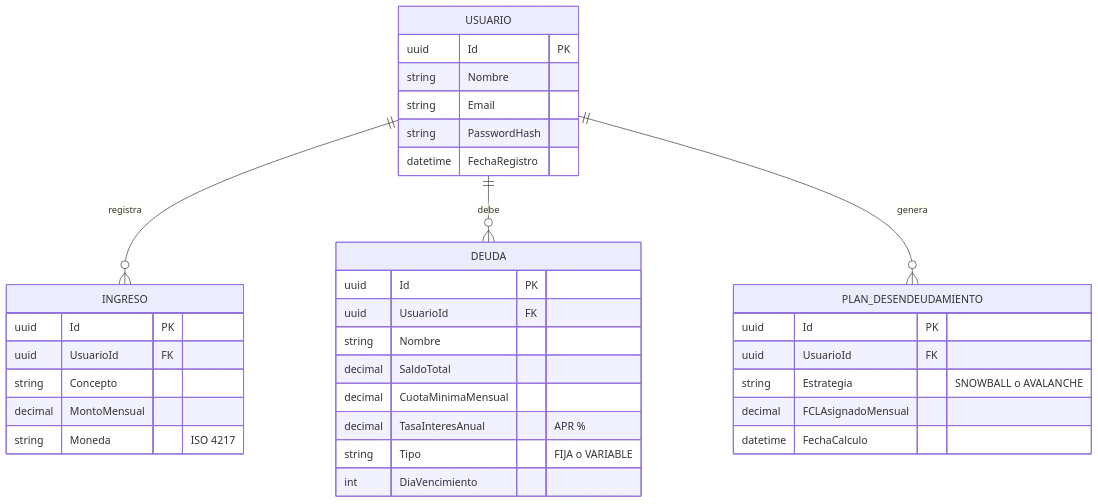
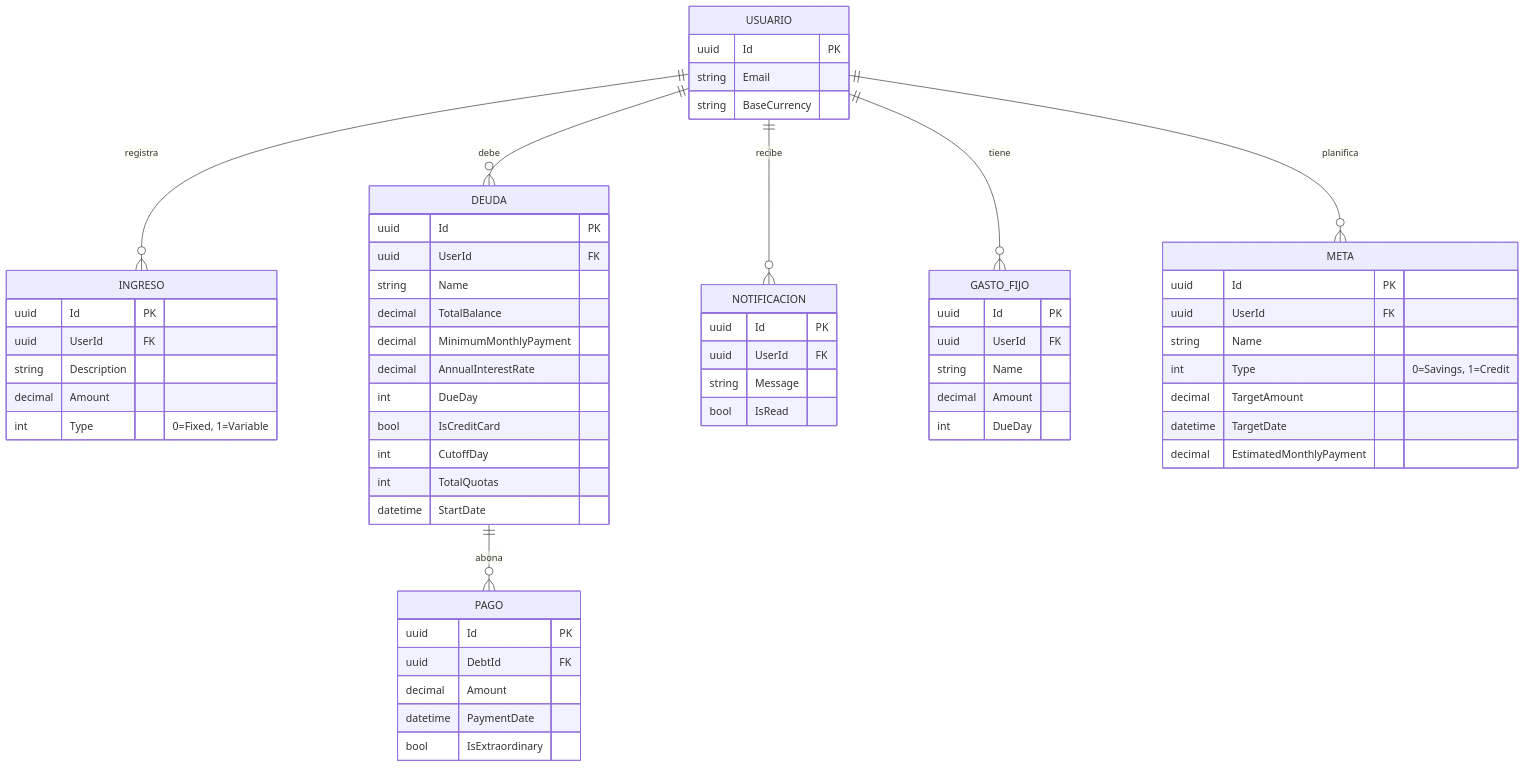
Before and after one commit to AnthonyPilatasig/DebtManager: the diagram in docs/04-database/erd-model.md, drawn with Mermaid. The commit also changed other lines of this file and 66 other files, not shown here.

Commit message:
feat: implement backend domain entities, CQRS features, and frontend views for comprehensive debt, goal, and payment management.

````diff
--- a/docs/04-database/erd-model.md
+++ b/docs/04-database/erd-model.md
@@ -5,42 +5,71 @@
 ```mermaid
 erDiagram
     USUARIO {
         uuid Id PK
-        string Nombre
         string Email
-        string PasswordHash
-        datetime FechaRegistro
+        string BaseCurrency
     }
     
     INGRESO {
         uuid Id PK
-        uuid UsuarioId FK
-        string Concepto
-        decimal MontoMensual
-        string Moneda "ISO 4217"
+        uuid UserId FK
+        string Description
+        decimal Amount
+        int Type "0=Fixed, 1=Variable"
     }
     
     DEUDA {
         uuid Id PK
-        uuid UsuarioId FK
-        string Nombre
-        decimal SaldoTotal
-        decimal CuotaMinimaMensual
-        decimal TasaInteresAnual "APR %"
-        string Tipo "FIJA o VARIABLE"
-        int DiaVencimiento
+        uuid UserId FK
+        string Name
+        decimal TotalBalance
+        decimal MinimumMonthlyPayment
+        decimal AnnualInterestRate
+        int DueDay
+        bool IsCreditCard
+        int CutoffDay
+        int TotalQuotas
+        datetime StartDate
     }
-    
-    PLAN_DESENDEUDAMIENTO {
+
+    PAGO {
         uuid Id PK
-        uuid UsuarioId FK
-        string Estrategia "SNOWBALL o AVALANCHE"
-        decimal FCLAsignadoMensual
-        datetime FechaCalculo
+        uuid DebtId FK
+        decimal Amount
+        datetime PaymentDate
+        bool IsExtraordinary
+    }
+
+    NOTIFICACION {
+        uuid Id PK
+        uuid UserId FK
+        string Message
+        bool IsRead
+    }
+
+    GASTO_FIJO {
+        uuid Id PK
+        uuid UserId FK
+        string Name
+        decimal Amount
+        int DueDay
+    }
+
+    META {
+        uuid Id PK
+        uuid UserId FK
+        string Name
+        int Type "0=Savings, 1=Credit"
+        decimal TargetAmount
+        datetime TargetDate
+        decimal EstimatedMonthlyPayment
     }
 
     %% Relaciones Principales
     USUARIO ||--o{ INGRESO : registra
     USUARIO ||--o{ DEUDA : debe
-    USUARIO ||--o{ PLAN_DESENDEUDAMIENTO : genera
+    USUARIO ||--o{ NOTIFICACION : recibe
+    USUARIO ||--o{ GASTO_FIJO : tiene
+    USUARIO ||--o{ META : planifica
+    DEUDA ||--o{ PAGO : abona
 ```
````
